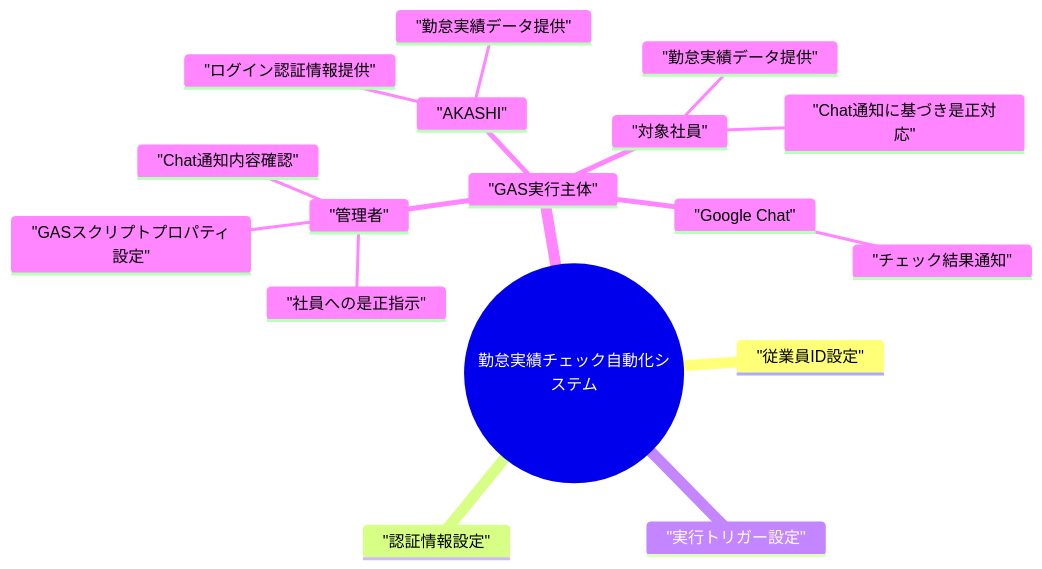
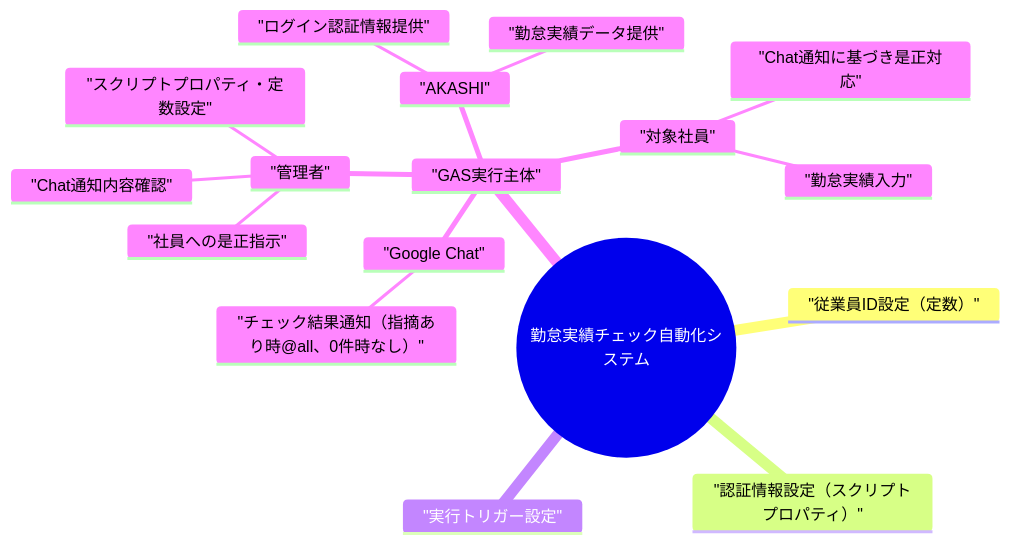
One commit to takeshiyoshida76-cell/takeshiyoshida76 changed the second of 2 diagrams in docs/Akashi勤務表チェック_基本設計書.md. Above: the diagram before and after it, drawn with Mermaid. The commit also changed other lines of this file, not shown here.

First line of the commit message:
Revise attendance check documentation and flowchart

````diff
--- a/docs/Akashi勤務表チェック_基本設計書.md
+++ b/docs/Akashi勤務表チェック_基本設計書.md
@@ -49,20 +50,20 @@
 ```mermaid
 mindmap
   root(("勤怠実績チェック自動化システム"))
-    "従業員ID設定"
-    "認証情報設定"
+    "従業員ID設定（定数）"
+    "認証情報設定（スクリプトプロパティ）"
     "実行トリガー設定"
     "GAS実行主体"
       "AKASHI"
         "ログイン認証情報提供"
         "勤怠実績データ提供"
       "Google Chat"
-        "チェック結果通知"
+        "チェック結果通知（指摘あり時@all、0件時なし）"
       "管理者"
-        "GASスクリプトプロパティ設定"
+        "スクリプトプロパティ・定数設定"
         "Chat通知内容確認"
         "社員への是正指示"
       "対象社員"
-        "勤怠実績データ提供"
+        "勤怠実績入力"
         "Chat通知に基づき是正対応"
 ```
````
